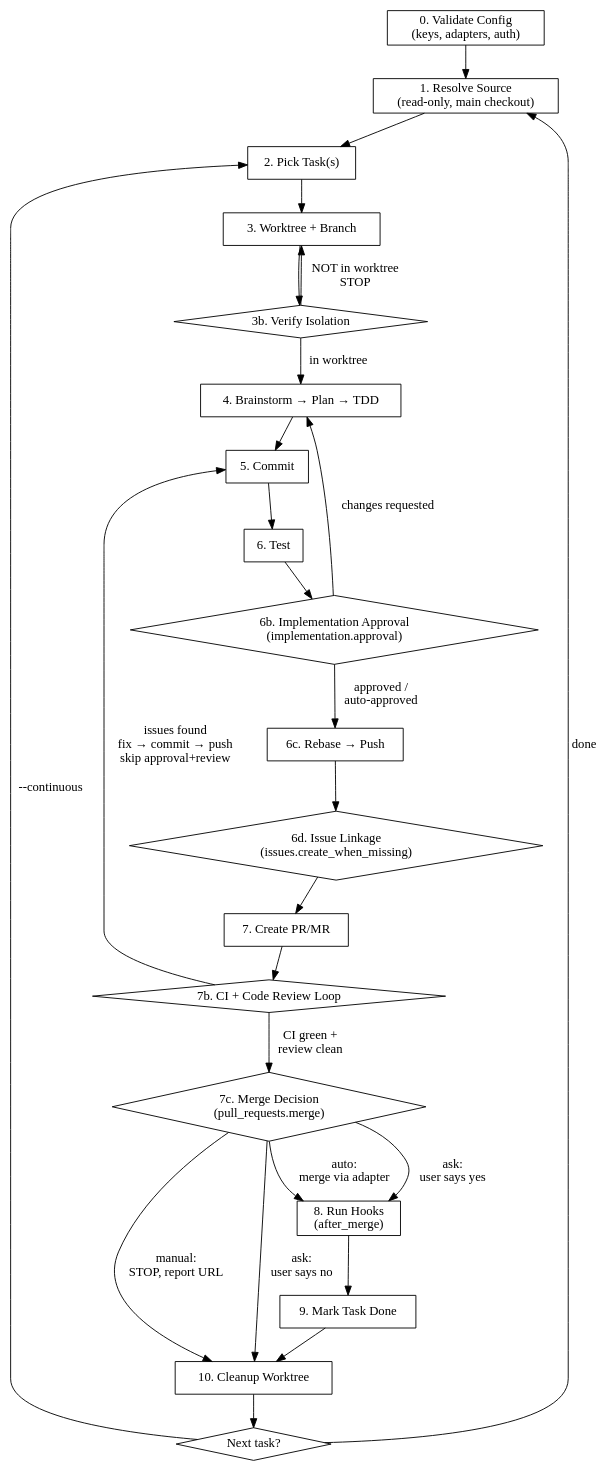
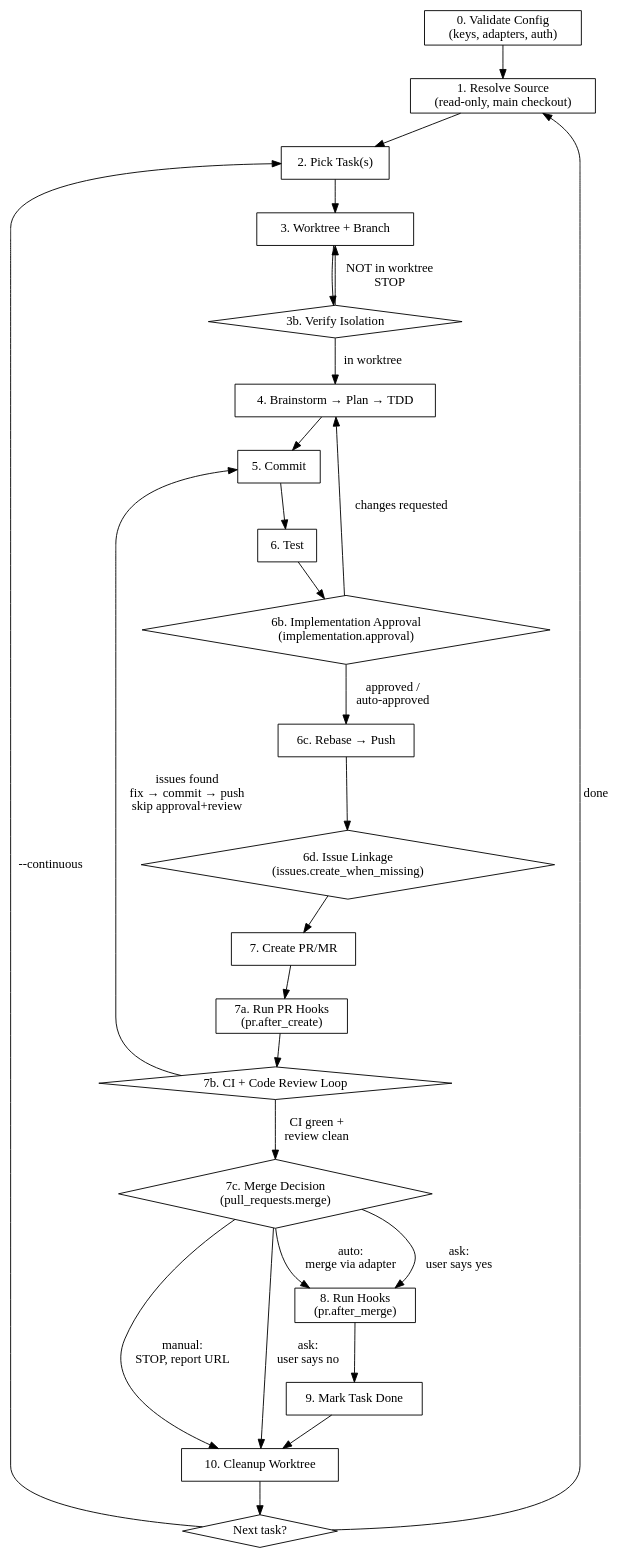
One commit to rodrigomanhaes/flowyeah changed the diagram in plugins/flowyeah/skills/build/SKILL.md. Above: the diagram before and after it, drawn with Graphviz. The commit also changed other lines of this file and 3 other files, not shown here.

First line of the commit message:
feat: add hooks.pr namespace with after_create hook point

````diff
--- a/plugins/flowyeah/skills/build/SKILL.md
+++ b/plugins/flowyeah/skills/build/SKILL.md
@@ -71,42 +71,43 @@
 ```dot
 digraph pipeline {
     rankdir=TB;
     node [shape=box];
 
     validate [label="0. Validate Config\n(keys, adapters, auth)"];
     resolve [label="1. Resolve Source\n(read-only, main checkout)"];
     pick [label="2. Pick Task(s)"];
     worktree [label="3. Worktree + Branch"];
     verify_wt [label="3b. Verify Isolation" shape=diamond];
     implement [label="4. Brainstorm → Plan → TDD"];
     commit [label="5. Commit"];
     test [label="6. Test"];
     approval [label="6b. Implementation Approval\n(implementation.approval)" shape=diamond];
     deliver [label="6c. Rebase → Push"];
     issue_link [label="6d. Issue Linkage\n(issues.create_when_missing)" shape=diamond];
     pr [label="7. Create PR/MR"];
+    pr_hooks [label="7a. Run PR Hooks\n(pr.after_create)"];
     ci_loop [label="7b. CI + Code Review Loop" shape=diamond];
     merge_decision [label="7c. Merge Decision\n(pull_requests.merge)" shape=diamond];
-    hooks [label="8. Run Hooks\n(after_merge)"];
+    hooks [label="8. Run Hooks\n(pr.after_merge)"];
     mark [label="9. Mark Task Done"];
     cleanup [label="10. Cleanup Worktree"];
     next [label="Next task?" shape=diamond];
 
     validate -> resolve -> pick -> worktree -> verify_wt;
     verify_wt -> implement [label="in worktree"];
     verify_wt -> worktree [label="NOT in worktree\nSTOP"];
     implement -> commit -> test -> approval;
     approval -> deliver [label="approved /\nauto-approved"];
     approval -> implement [label="changes requested"];
-    deliver -> issue_link -> pr -> ci_loop;
+    deliver -> issue_link -> pr -> pr_hooks -> ci_loop;
     ci_loop -> commit [label="issues found\nfix → commit → push\nskip approval+review"];
     ci_loop -> merge_decision [label="CI green +\nreview clean"];
     merge_decision -> hooks [label="auto:\nmerge via adapter"];
     merge_decision -> cleanup [label="manual:\nSTOP, report URL"];
     merge_decision -> hooks [label="ask:\nuser says yes"];
     merge_decision -> cleanup [label="ask:\nuser says no"];
     hooks -> mark -> cleanup -> next;
     next -> pick [label="--continuous"];
     next -> resolve [label="done"];
 }
 ```
````
